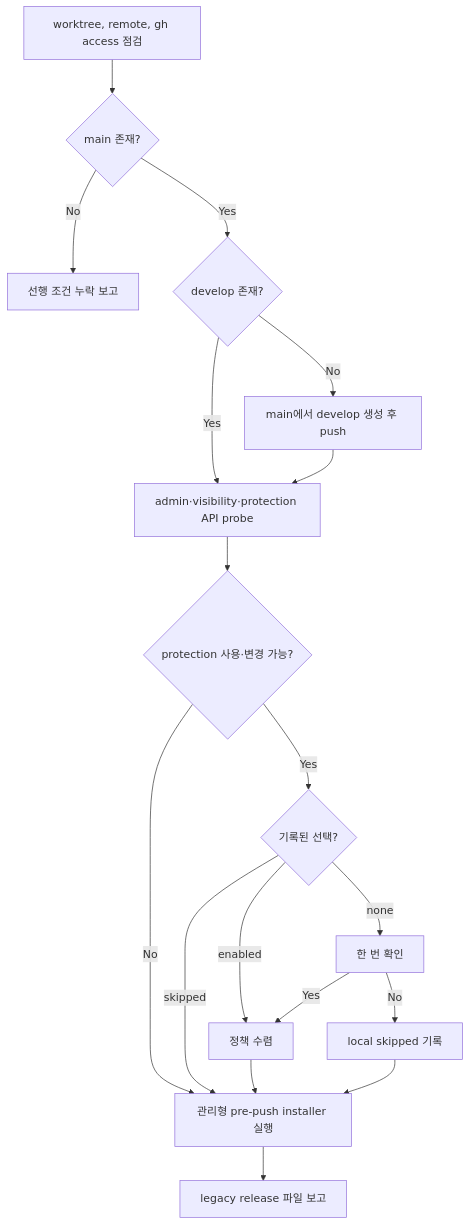
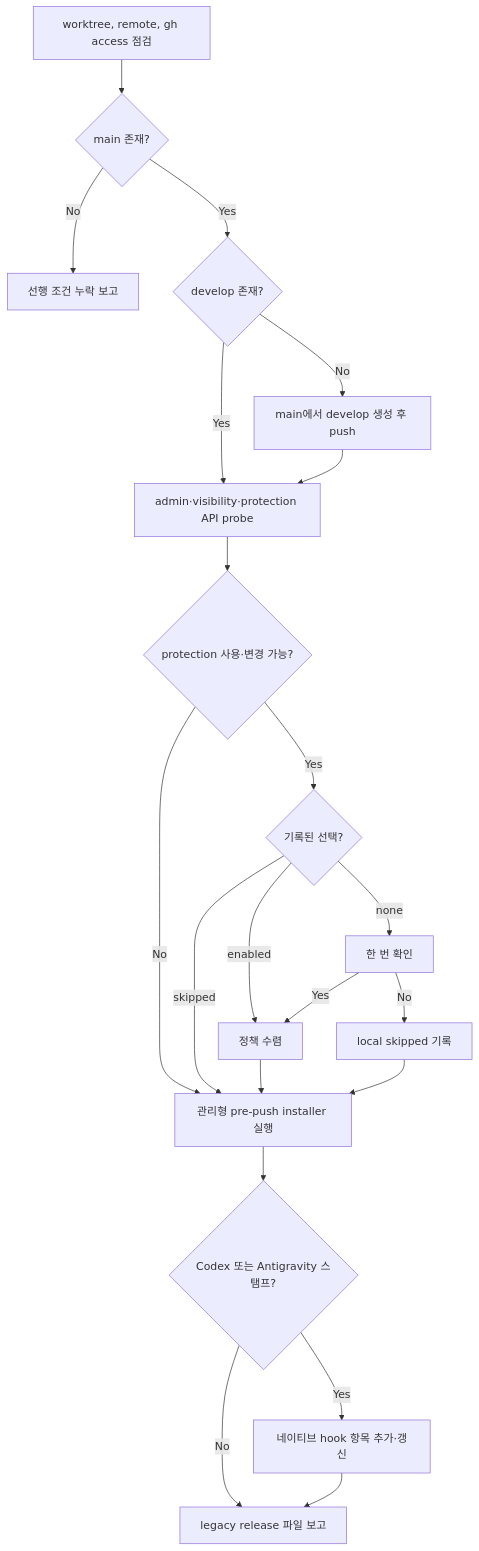
The diagram in docs/ko/skills/github-sync.md (0x0w1/jig), drawn with Mermaid before and after one commit. The commit also changed other lines of this file and 43 other files, not shown here.

First line of the commit message:
feat: Codex·Antigravity에도 push 가드를 네이티브 hook으로 설치합니다

````diff
--- a/docs/ko/skills/github-sync.md
+++ b/docs/ko/skills/github-sync.md
@@ -23,20 +23,23 @@
 ```mermaid
 flowchart TD
     Inspect[worktree, remote, gh access 점검] --> Main{main 존재?}
     Main -- No --> Stop[선행 조건 누락 보고]
     Main -- Yes --> Develop{develop 존재?}
     Develop -- No --> Create[main에서 develop 생성 후 push]
     Develop -- Yes --> Probe
     Create --> Probe[admin·visibility·protection API probe]
     Probe --> Available{protection 사용·변경 가능?}
     Available -- No --> Guard[관리형 pre-push installer 실행]
     Available -- Yes --> Choice{기록된 선택?}
     Choice -- enabled --> Apply[정책 수렴]
     Choice -- skipped --> Guard
     Choice -- none --> Ask[한 번 확인]
     Ask -- Yes --> Apply
     Ask -- No --> Record[local skipped 기록]
     Apply --> Guard
     Record --> Guard
-    Guard --> Legacy[legacy release 파일 보고]
+    Guard --> Hosts{Codex 또는 Antigravity 스탬프?}
+    Hosts -- Yes --> Native[네이티브 hook 항목 추가·갱신]
+    Hosts -- No --> Legacy
+    Native --> Legacy[legacy release 파일 보고]
 ```
````
